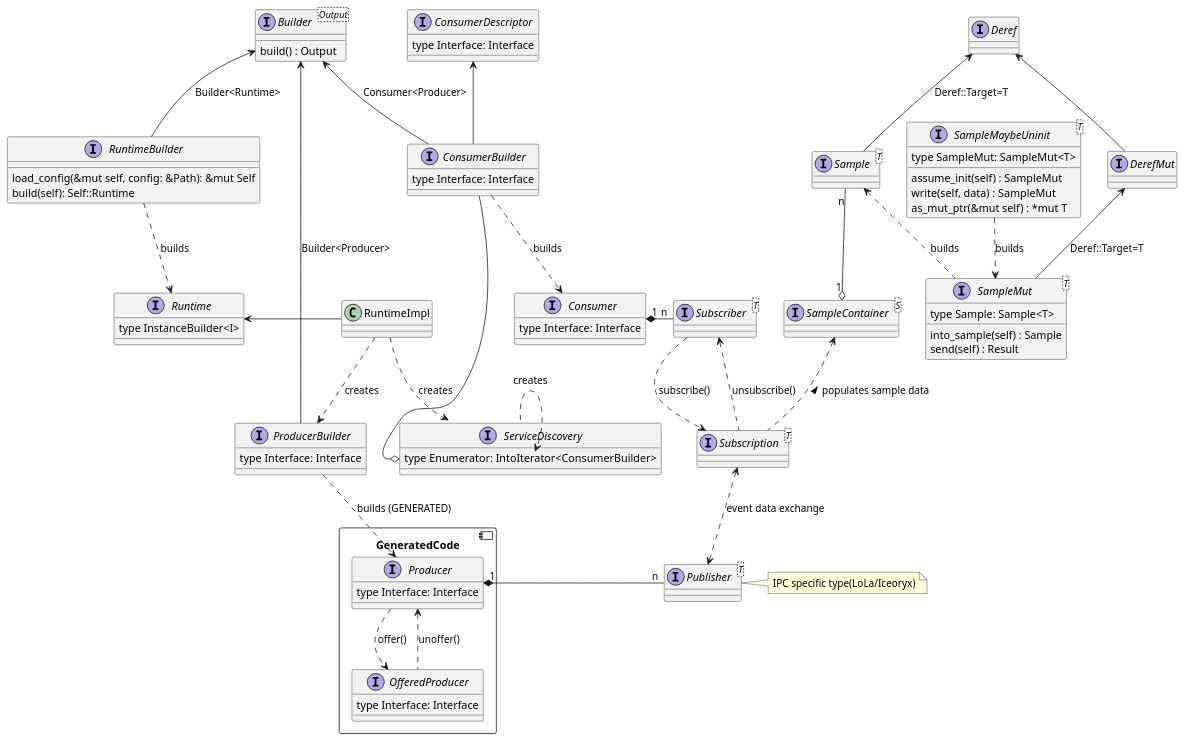
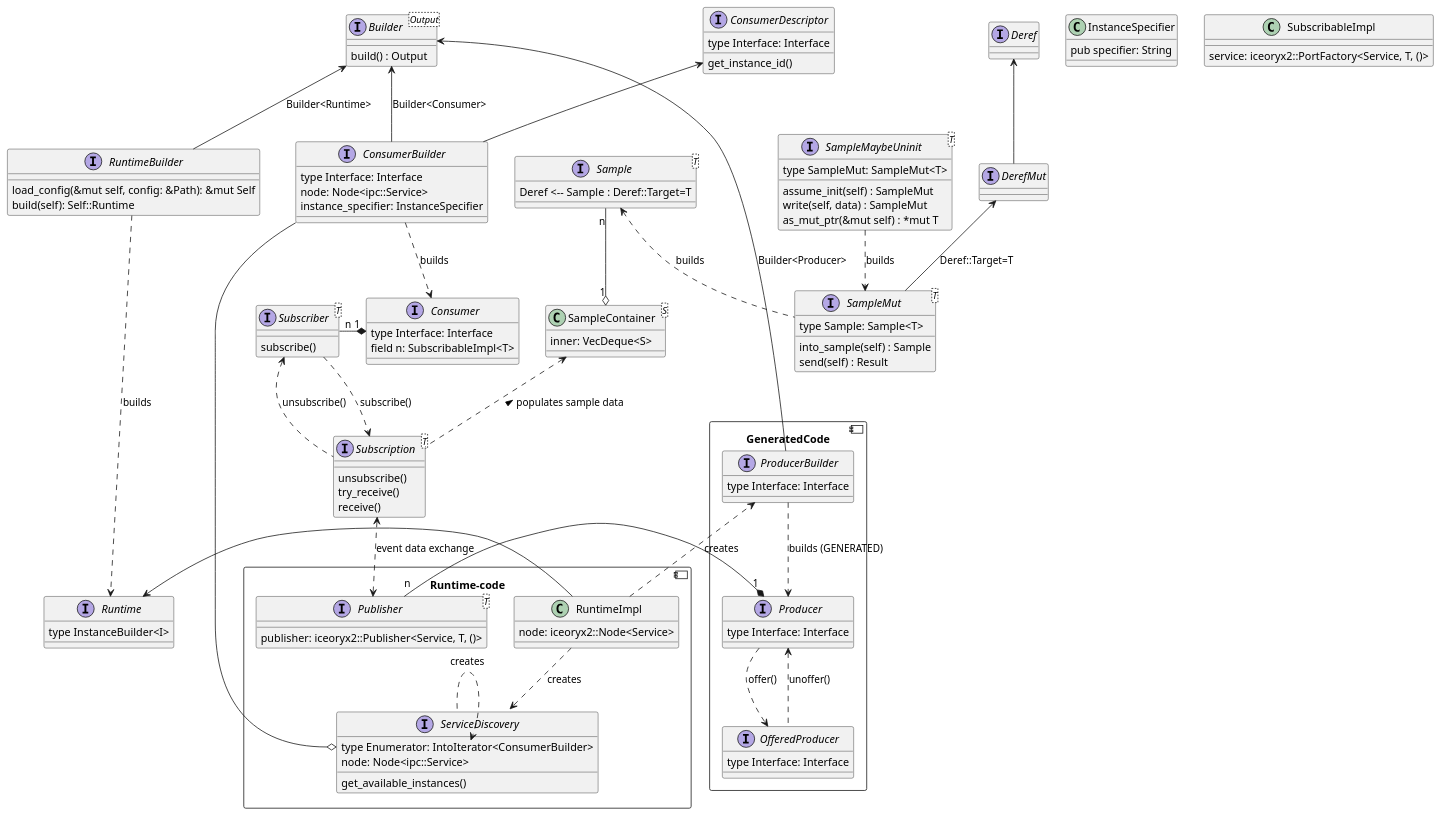
One commit to qorix-group/inc_mw_com changed the diagram in com-api/docs/static.puml. Above: the diagram before and after it, drawn with PlantUML. The commit also changed 1 other file, not shown here.

Commit message:
Diagram refactor, add mapping diagram

```diff
--- a/com-api/docs/static.puml
+++ b/com-api/docs/static.puml
@@ -1,124 +1,151 @@
 @startuml
 
 ' Copyright (c) 2025 Contributors to the Eclipse Foundation
 '
 ' See the NOTICE file(s) distributed with this work for additional
 ' information regarding copyright ownership.
 '
 ' This program and the accompanying materials are made available under the
 ' terms of the Apache License Version 2.0 which is available at
 ' <https://www.apache.org/licenses/LICENSE-2.0>
 '
 ' SPDX-License-Identifier: Apache-2.0
 
 component GeneratedCode {
   interface Producer {
-  type Interface: Interface
-}
-interface OfferedProducer {
-  type Interface: Interface
-}
+    type Interface: Interface
+  }
+  interface OfferedProducer {
+    type Interface: Interface
+  }
+  interface ProducerBuilder {
+    type Interface: Interface
+  }
 }
 
-interface Builder<Output> {
-    build() : Output
+component Runtime-code {
+  class RuntimeImpl {
+    node: iceoryx2::Node<Service>
+  }
+  interface Publisher<T> {
+    publisher: iceoryx2::Publisher<Service, T, ()>
+  }
+  interface ServiceDiscovery {
+    type Enumerator: IntoIterator<ConsumerBuilder>
+    node: Node<ipc::Service>
+    get_available_instances()
+  }
 }
 
-' Also called "Node"
 interface Runtime {
-    type InstanceBuilder<I>
+  type InstanceBuilder<I>
 }
+interface Builder<Output> {
+  build() : Output
+}
+
+class InstanceSpecifier {
+  pub specifier: String
+}
+
 
 Interface RuntimeBuilder {
     load_config(&mut self, config: &Path): &mut Self
     build(self): Self::Runtime
 }
 
 Builder <-- RuntimeBuilder : Builder<Runtime>
 RuntimeBuilder ..> Runtime : builds
 
 interface Deref
 interface DerefMut
 Deref <-- DerefMut
 
-interface Sample<T>
-Deref <-- Sample : Deref::Target=T
+interface Sample<T>{
+  Deref <-- Sample : Deref::Target=T
+}
+
 
 interface SampleMut<T> {
     type Sample: Sample<T>
     into_sample(self) : Sample
     send(self) : Result
 }
 DerefMut <-- SampleMut : Deref::Target=T
 
 interface SampleMaybeUninit<T> {
     type SampleMut: SampleMut<T>
     assume_init(self) : SampleMut
     write(self, data) : SampleMut
     as_mut_ptr(&mut self) : *mut T
 }
 
 SampleMaybeUninit ..> SampleMut : builds
 Sample <.. SampleMut : builds
 
 Runtime <- RuntimeImpl
 
-interface ProducerBuilder {
-  type Interface: Interface
-}
-
 RuntimeImpl ..> ProducerBuilder : creates
-
 
 
 Builder <-- ProducerBuilder : Builder<Producer>
 ProducerBuilder ..> Producer : builds (GENERATED)
 Producer ..> OfferedProducer : offer()
 Producer <.. OfferedProducer : unoffer()
 
-interface ServiceDiscovery {
-  type Enumerator: IntoIterator<ConsumerBuilder>
-}
+
 
 RuntimeImpl ..> ServiceDiscovery : creates
 
 interface ConsumerDescriptor {
   type Interface: Interface
+  get_instance_id()
 }
 interface ConsumerBuilder {
   type Interface: Interface
+  node: Node<ipc::Service>
+  instance_specifier: InstanceSpecifier
 }
 interface Consumer {
   type Interface: Interface
+  field n: SubscribableImpl<T>
+}
+class SubscribableImpl{
+  service: iceoryx2::PortFactory<Service, T, ()>
 }
 
-Builder <-- ConsumerBuilder : Consumer<Producer>
+Builder <-- ConsumerBuilder : Builder<Consumer>
 ServiceDiscovery ..> ServiceDiscovery::Enumerator : creates
 ConsumerBuilder -o ServiceDiscovery::Enumerator
 ConsumerDescriptor <-- ConsumerBuilder
 ConsumerBuilder ..> Consumer : builds
 
-interface Subscriber<T>
-interface Subscription<T>
-interface SampleContainer<S>
+interface Subscriber<T> {
+  subscribe()
+}
+interface Subscription<T> {
+  unsubscribe()
+  try_receive()
+  receive()
+}
+class SampleContainer<S> {
+  inner: VecDeque<S>
+}
 
 Sample "n" --o "1" SampleContainer
 
 Subscriber ..> Subscription : subscribe()
 Subscriber <.. Subscription : unsubscribe()
 
 SampleContainer <.. Subscription : populates sample data <
 
 Consumer "1" *- "n" Subscriber
 
-interface Publisher<T>
+
 
 Producer "1" *- "n" Publisher
 Subscription <..> Publisher : event data exchange
-note right of Publisher
-  IPC specific type(LoLa/Iceoryx)
-end note
 
 
 
 @enduml
```
